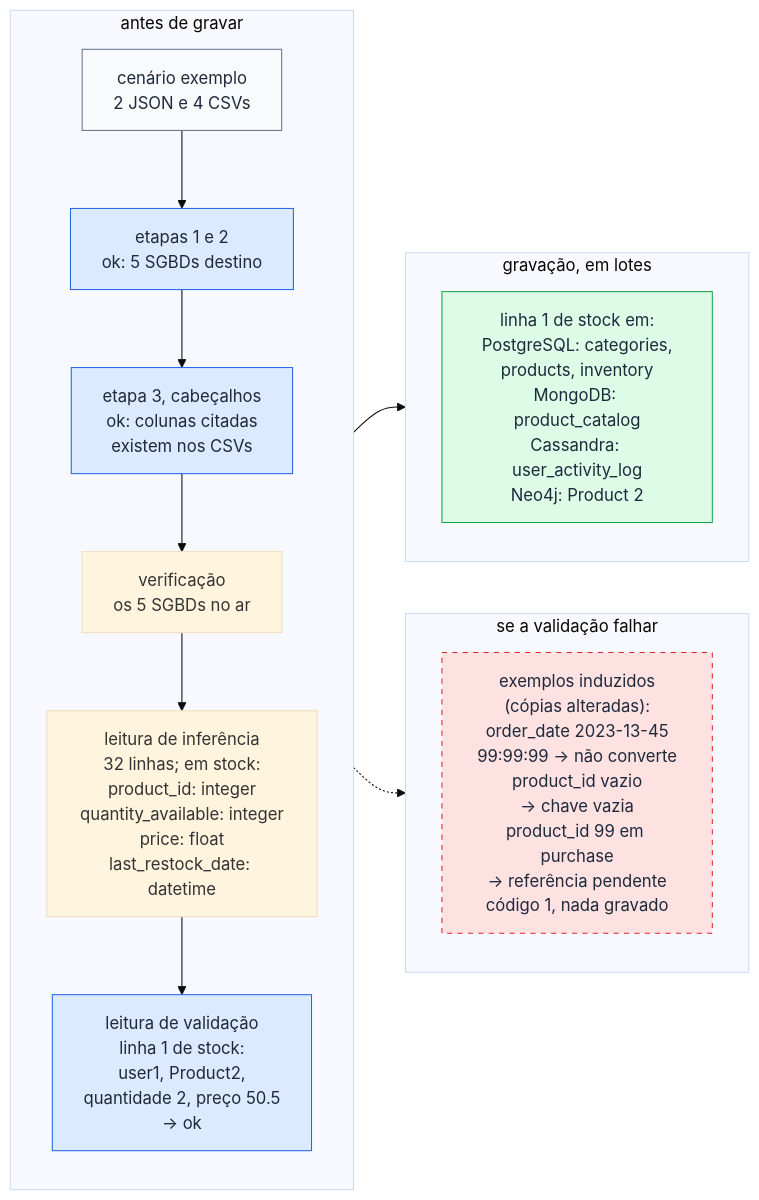
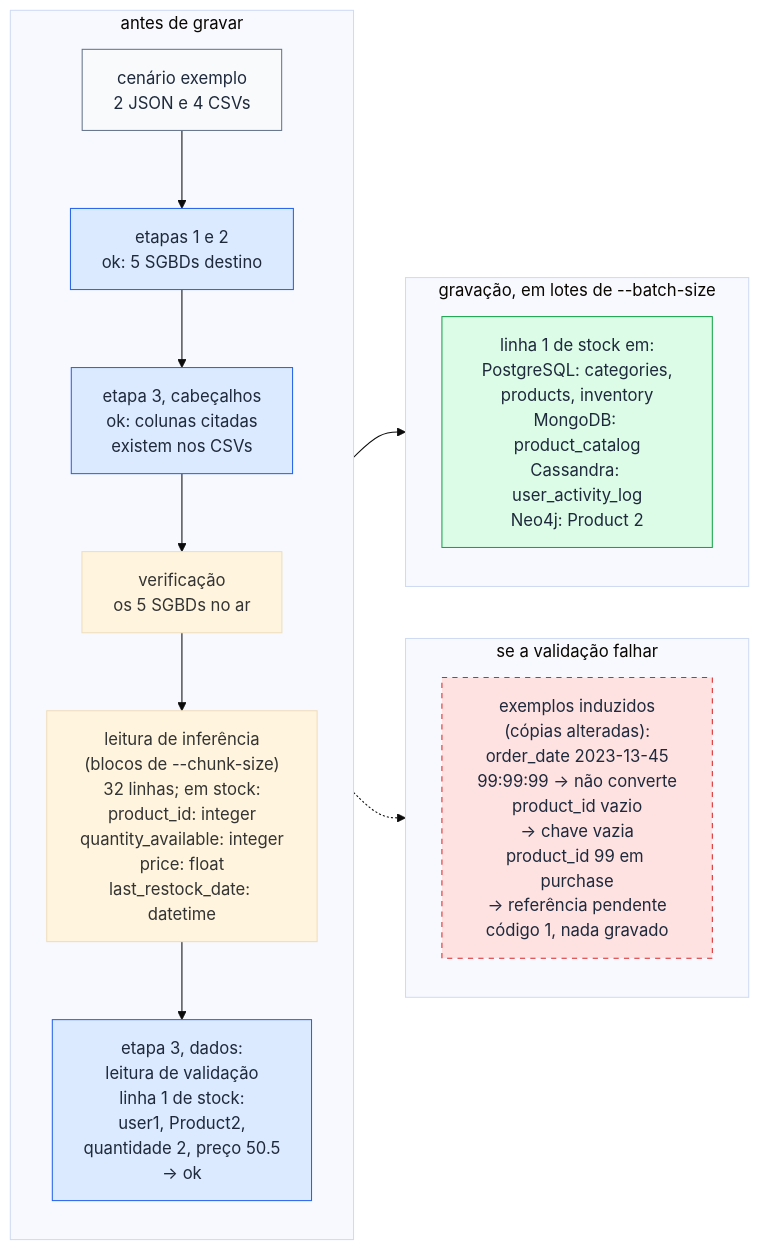
One commit to lucasbc92/polyglot-import-csv changed the diagram in docs-tcc/images/figure11b-import-example.mmd. Above: the diagram before and after it, drawn with Mermaid (base theme). The commit also changed 5 other files, not shown here.

```diff
--- a/docs-tcc/images/figure11b-import-example.mmd
+++ b/docs-tcc/images/figure11b-import-example.mmd
@@ -1,24 +1,24 @@
 flowchart LR
     subgraph ANTES["antes de gravar"]
         direction TB
         IN["cenário exemplo\n2 JSON e 4 CSVs"] --> V12["etapas 1 e 2\nok: 5 SGBDs destino"]
         V12 --> V3H["etapa 3, cabeçalhos\nok: colunas citadas\nexistem nos CSVs"]
         V3H --> CHK["verificação\nos 5 SGBDs no ar"]
-        CHK --> INF["leitura de inferência\n32 linhas; em stock:\nproduct_id: integer\nquantity_available: integer\nprice: float\nlast_restock_date: datetime"]
-        INF --> VAL["leitura de validação\nlinha 1 de stock:\nuser1, Product2,\nquantidade 2, preço 50.5\n→ ok"]
+        CHK --> INF["leitura de inferência\n(blocos de --chunk-size)\n32 linhas; em stock:\nproduct_id: integer\nquantity_available: integer\nprice: float\nlast_restock_date: datetime"]
+        INF --> VAL["etapa 3, dados:\nleitura de validação\nlinha 1 de stock:\nuser1, Product2,\nquantidade 2, preço 50.5\n→ ok"]
     end
-    subgraph DEPOIS["gravação, em lotes"]
+    subgraph DEPOIS["gravação, em lotes de --batch-size"]
         WR["linha 1 de stock em:\nPostgreSQL: categories,\nproducts, inventory\nMongoDB: product_catalog\nCassandra: user_activity_log\nNeo4j: Product 2"]
     end
     subgraph FALHA["se a validação falhar"]
         ERR["exemplos induzidos\n(cópias alteradas):\norder_date 2023-13-45\n99:99:99 → não converte\nproduct_id vazio\n→ chave vazia\nproduct_id 99 em purchase\n→ referência pendente\ncódigo 1, nada gravado"]
     end
     ANTES --> DEPOIS
     ANTES -.-> FALHA
 
     style IN fill:#f8fafc,stroke:#64748b,color:#1e293b
     style V12 fill:#dbeafe,stroke:#2563eb,color:#1e293b
     style V3H fill:#dbeafe,stroke:#2563eb,color:#1e293b
     style VAL fill:#dbeafe,stroke:#2563eb,color:#1e293b
     style WR fill:#dcfce7,stroke:#16a34a,color:#1e293b
     style ERR fill:#fee2e2,stroke:#dc2626,color:#1e293b,stroke-dasharray: 5 5
```
